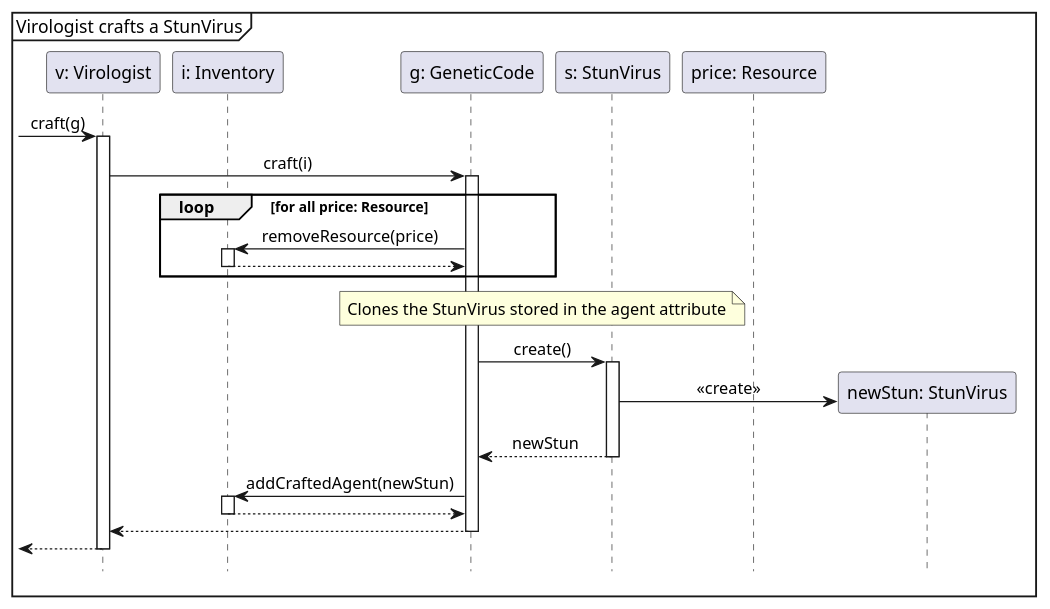
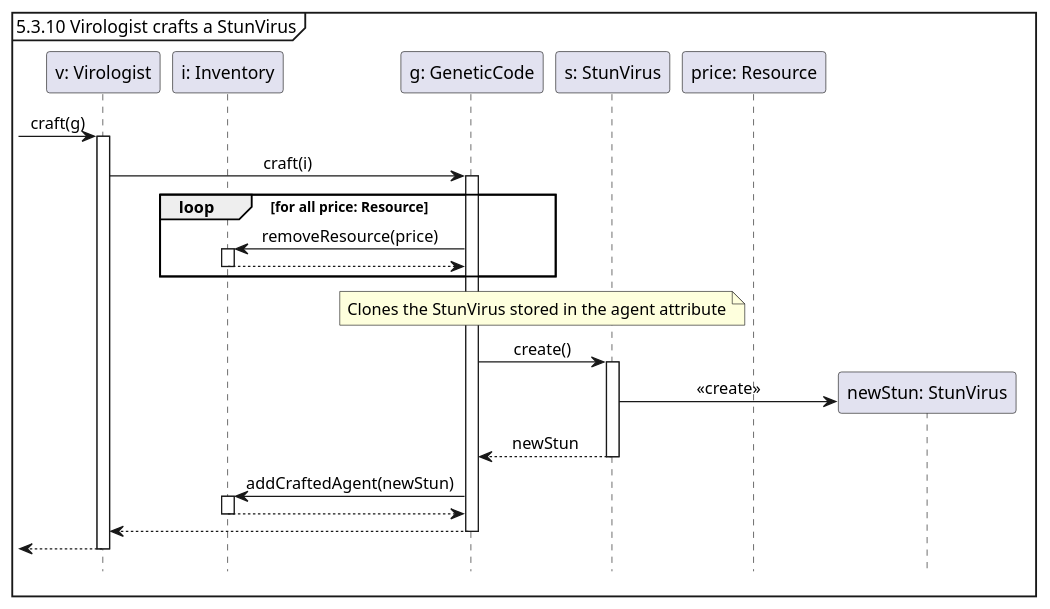
Before and after one commit to Tschonti/503-service-unavailable: the diagram in docs/testCases/sequences/craftStun.puml, drawn with PlantUML. The commit also changed 3 other files, not shown here.

```diff
--- a/docs/testCases/sequences/craftStun.puml
+++ b/docs/testCases/sequences/craftStun.puml
@@ -1,31 +1,31 @@
 @startuml
 'https://plantuml.com/sequence-diagram
 
 hide footbox
 skinparam sequenceMessageAlign center
 
-mainframe  Virologist crafts a StunVirus
+mainframe  5.3.10 Virologist crafts a StunVirus
 
 participant "v: Virologist" as v
 participant "i: Inventory" as i
 participant "g: GeneticCode" as g
 participant "s: StunVirus" as s1
 participant "price: Resource"
 participant "newStun: StunVirus" as s2
 
 -> v ++ : craft(g)
         v -> g ++ : craft(i)
             loop for all price: Resource
                 g -> i ++ : removeResource(price)
                 return
             end
             note over g, s1 : Clones the StunVirus stored in the agent attribute
             g -> s1 ++ : create()
                 s1 -> s2 ** : <<create>>
             return newStun
             g -> i ++ : addCraftedAgent(newStun)
             return
         return
 return
 
 @enduml
```
